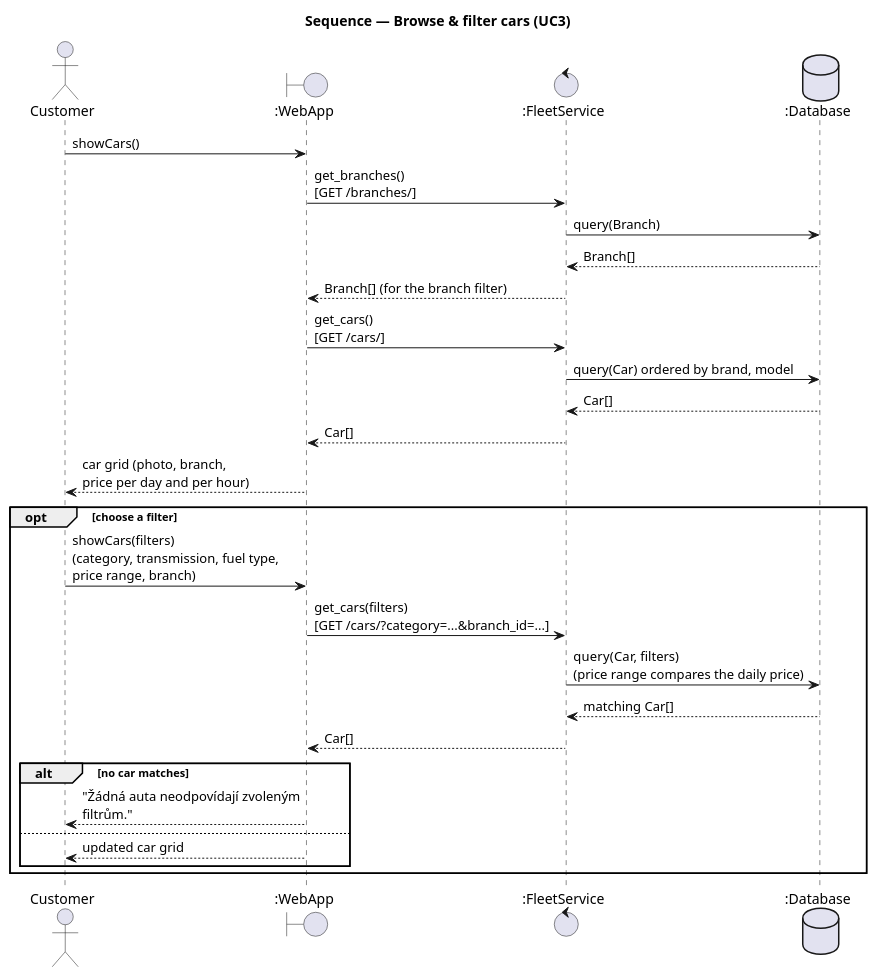
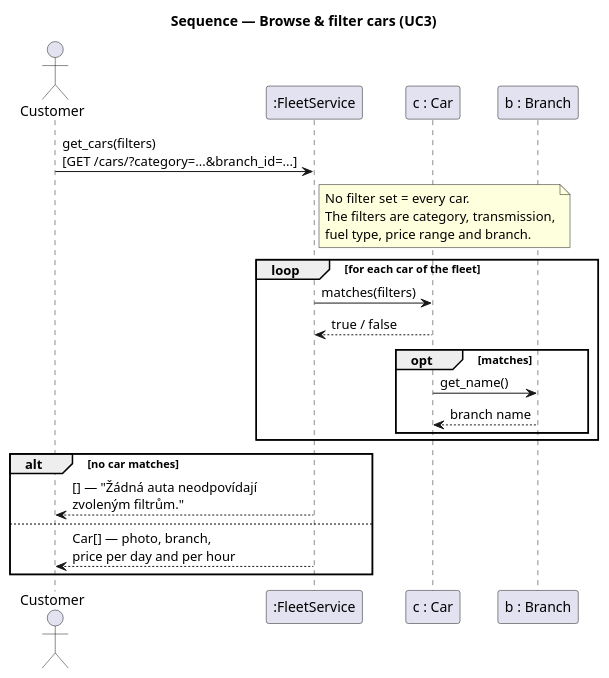
The diagram in docs/diagrams/sequence-browse-cars.puml (DavidMagyarics/CarRentalVSB), drawn with PlantUML before and after one commit. The commit also changed 13 other files, not shown here.

Commit message:
docs: draw the sequence diagrams in the lecture style, with the domain objects as the main participants

```diff
--- a/docs/diagrams/sequence-browse-cars.puml
+++ b/docs/diagrams/sequence-browse-cars.puml
@@ -1,34 +1,31 @@
 @startuml sequence-browse-cars
 skinparam backgroundColor white
 skinparam responseMessageBelowArrow true
 skinparam maxMessageSize 260
 title Sequence — Browse & filter cars (UC3)
 actor Customer
-boundary ":WebApp" as Web
-control ":FleetService" as Fleet
-database ":Database" as DB
+participant ":FleetService" as Fleet
+participant "c : Car" as C
+participant "b : Branch" as B
 
-Customer -> Web : showCars()
-Web -> Fleet : get_branches()\n[GET /branches/]
-Fleet -> DB : query(Branch)
-DB --> Fleet : Branch[]
-Fleet --> Web : Branch[] (for the branch filter)
-Web -> Fleet : get_cars()\n[GET /cars/]
-Fleet -> DB : query(Car) ordered by brand, model
-DB --> Fleet : Car[]
-Fleet --> Web : Car[]
-Web --> Customer : car grid (photo, branch,\nprice per day and per hour)
-
-opt choose a filter
-  Customer -> Web : showCars(filters)\n(category, transmission, fuel type,\nprice range, branch)
-  Web -> Fleet : get_cars(filters)\n[GET /cars/?category=...&branch_id=...]
-  Fleet -> DB : query(Car, filters)\n(price range compares the daily price)
-  DB --> Fleet : matching Car[]
-  Fleet --> Web : Car[]
-  alt no car matches
-    Web --> Customer : "Žádná auta neodpovídají zvoleným filtrům."
-  else
-    Web --> Customer : updated car grid
+Customer -> Fleet : get_cars(filters)\n[GET /cars/?category=...&branch_id=...]
+note right of Fleet
+  No filter set = every car.
+  The filters are category, transmission,
+  fuel type, price range and branch.
+end note
+loop for each car of the fleet
+  Fleet -> C : matches(filters)
+  C --> Fleet : true / false
+  opt matches
+    C -> B : get_name()
+    B --> C : branch name
   end
 end
+
+alt no car matches
+  Fleet --> Customer : [] — "Žádná auta neodpovídají\nzvoleným filtrům."
+else
+  Fleet --> Customer : Car[] — photo, branch,\nprice per day and per hour
+end
 @enduml
```
